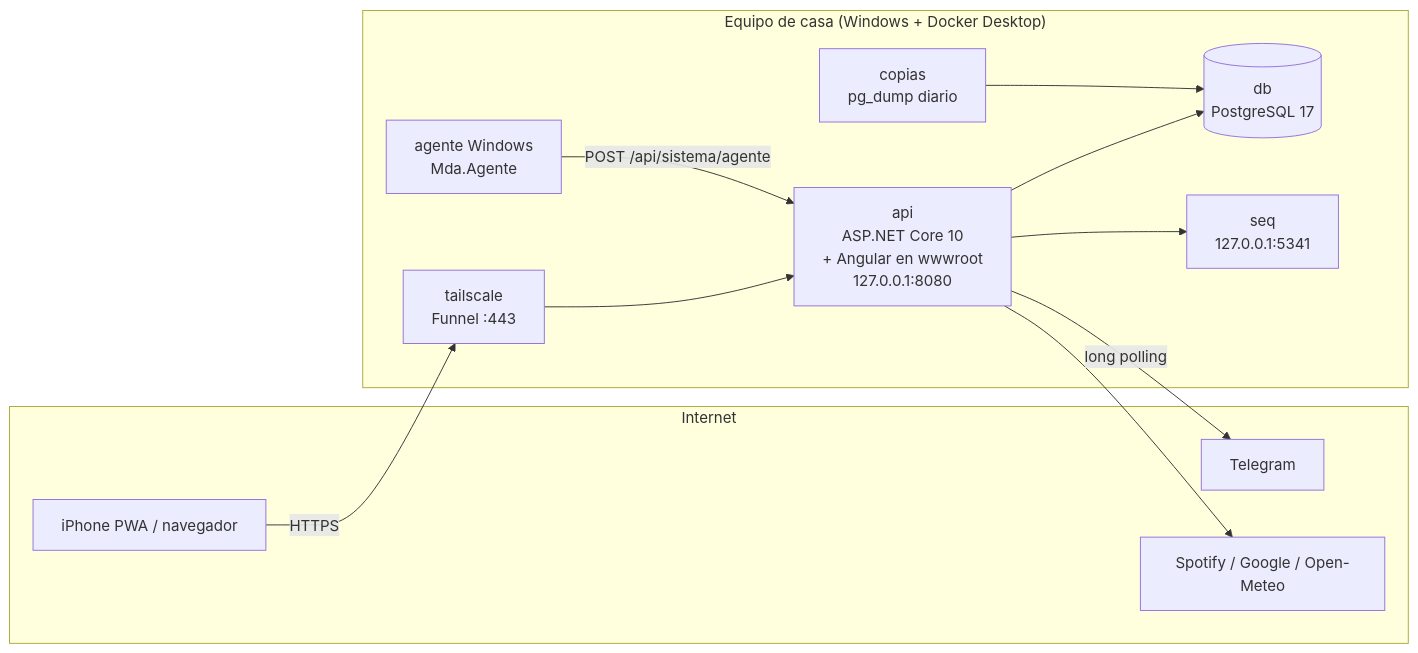
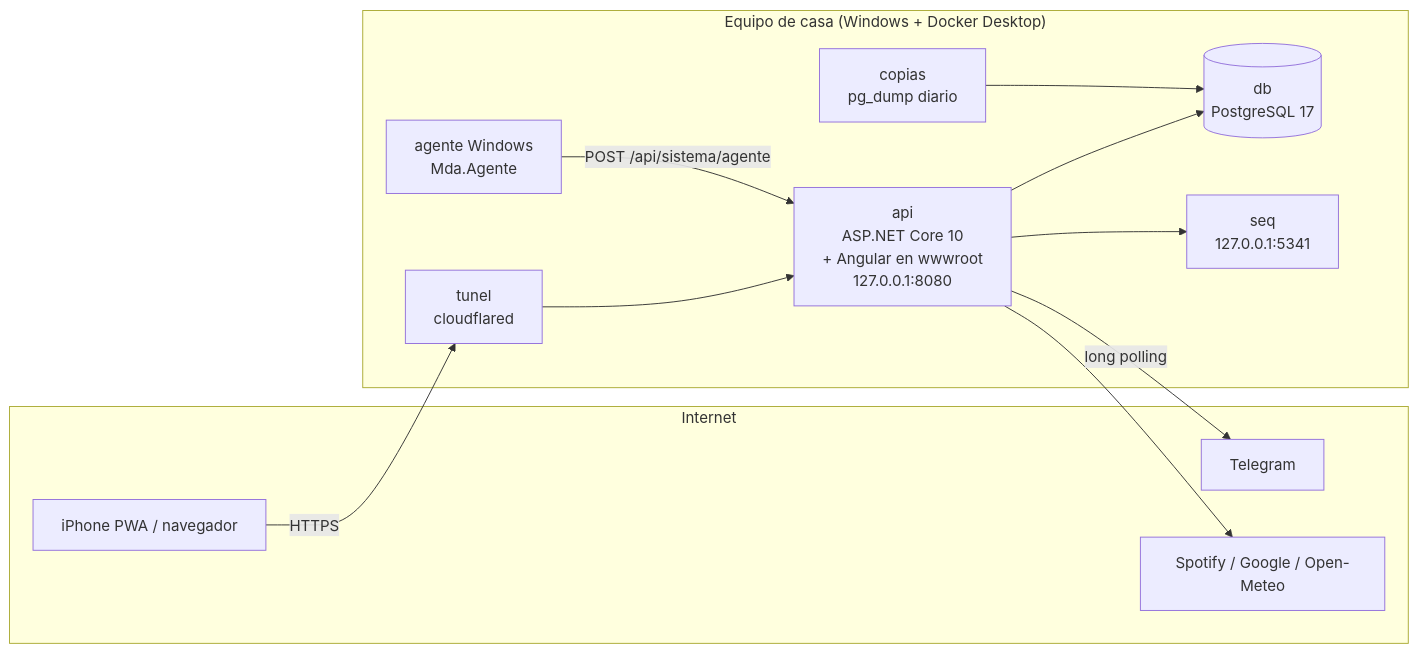
One commit to wolverine307mda/zona-privada changed the diagram in README.md. Above: the diagram before and after it, drawn with Mermaid. The commit also changed other lines of this file and 10 other files, not shown here.

````diff
--- a/README.md
+++ b/README.md
@@ -136,19 +136,19 @@
 ```mermaid
 flowchart LR
   subgraph Internet
     M[iPhone PWA / navegador]
     TG[Telegram]
     SP[Spotify / Google / Open-Meteo]
   end
   subgraph "Equipo de casa (Windows + Docker Desktop)"
-    TS[tailscale<br/>Funnel :443] --> API
+    CF[tunel<br/>cloudflared] --> API
     API[api<br/>ASP.NET Core 10<br/>+ Angular en wwwroot<br/>127.0.0.1:8080]
     API --> DB[(db<br/>PostgreSQL 17)]
     API --> SEQ[seq<br/>127.0.0.1:5341]
     CP[copias<br/>pg_dump diario] --> DB
     AG[agente Windows<br/>Mda.Agente] -- POST /api/sistema/agente --> API
   end
-  M -- HTTPS --> TS
+  M -- HTTPS --> CF
   API -- long polling --> TG
   API --> SP
 ```
````
